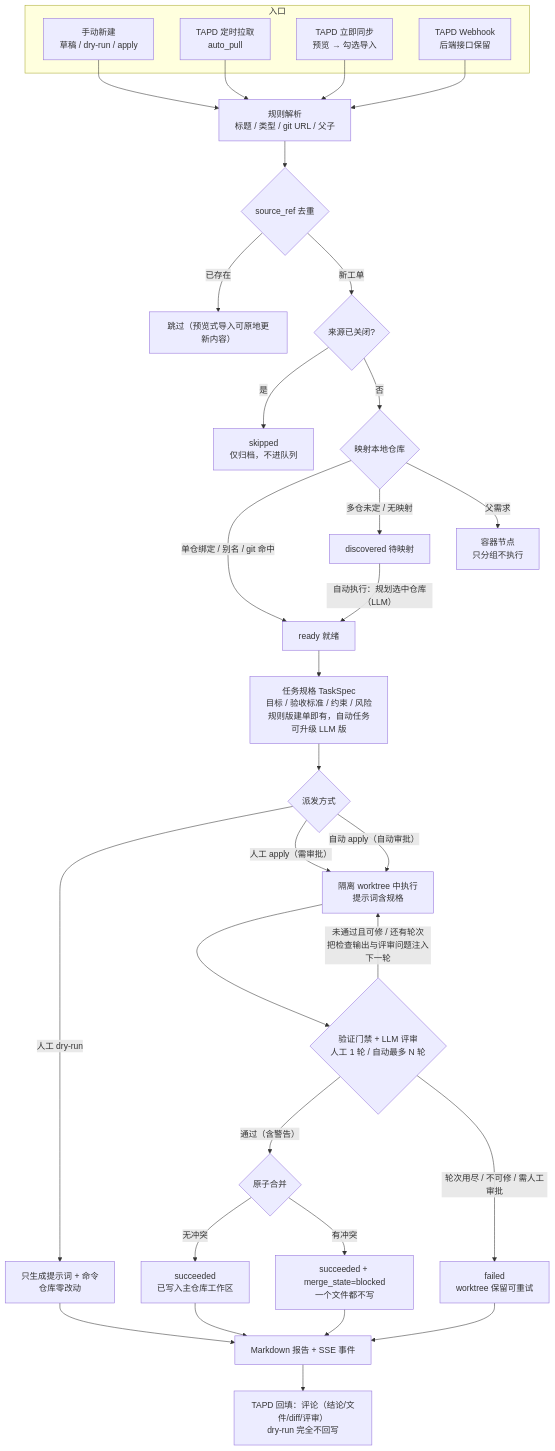
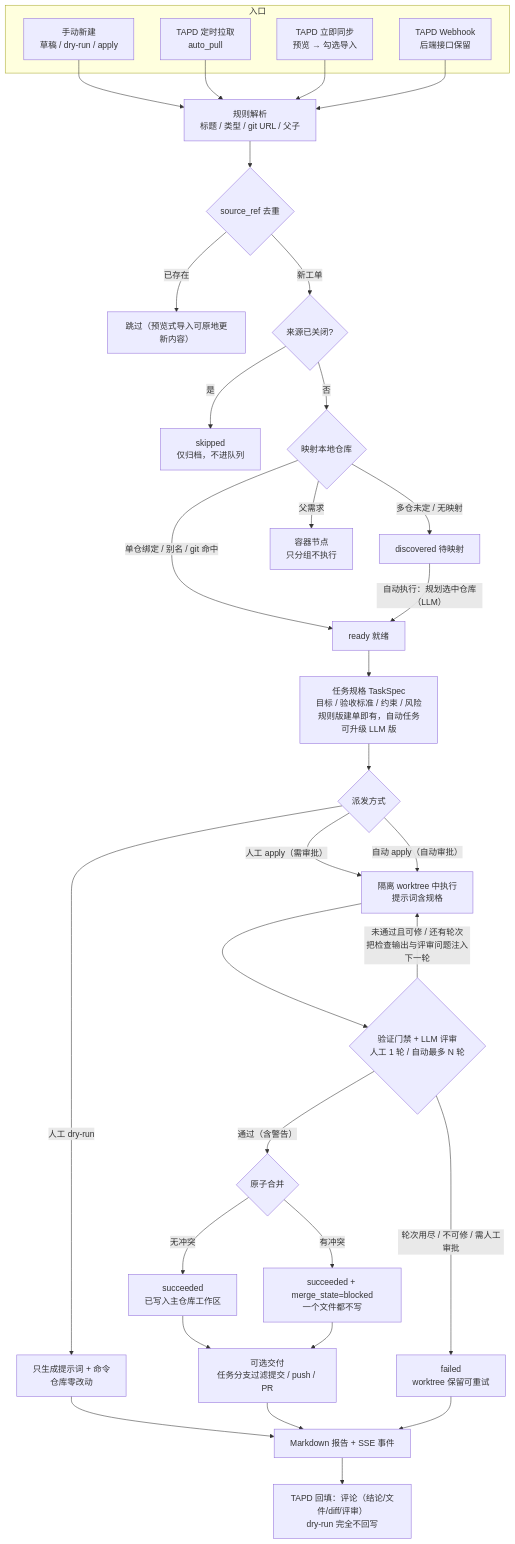
The first of 3 diagrams in docs/task-lifecycle.md (cheerly-plan/CheerlyTaskAgent), drawn with Mermaid before and after one commit. The commit also changed other lines of this file and 12 other files, not shown here.

````diff
--- a/docs/task-lifecycle.md
+++ b/docs/task-lifecycle.md
@@ -31,44 +31,45 @@
 ```mermaid
 flowchart TD
     subgraph entry["入口"]
       M["手动新建<br/>草稿 / dry-run / apply"]
       P["TAPD 定时拉取<br/>auto_pull"]
       S["TAPD 立即同步<br/>预览 → 勾选导入"]
       W["TAPD Webhook<br/>后端接口保留"]
     end
 
     M --> PR["规则解析<br/>标题 / 类型 / git URL / 父子"]
     P --> PR
     S --> PR
     W --> PR
 
     PR --> DD{"source_ref 去重"}
     DD -->|"已存在"| KEEP["跳过（预览式导入可原地更新内容）"]
     DD -->|"新工单"| ARCH{"来源已关闭?"}
     ARCH -->|"是"| SKIP["skipped<br/>仅归档，不进队列"]
     ARCH -->|"否"| MAP{"映射本地仓库"}
 
     MAP -->|"单仓绑定 / 别名 / git 命中"| READY["ready 就绪"]
     MAP -->|"多仓未定 / 无映射"| DISC["discovered 待映射"]
     MAP -->|"父需求"| CONT["容器节点<br/>只分组不执行"]
 
     DISC -->|"自动执行：规划选中仓库（LLM）"| READY
     READY --> SPEC["任务规格 TaskSpec<br/>目标 / 验收标准 / 约束 / 风险<br/>规则版建单即有，自动任务可升级 LLM 版"]
     SPEC --> TRIG{"派发方式"}
     TRIG -->|"人工 dry-run"| DRY["只生成提示词 + 命令<br/>仓库零改动"]
     TRIG -->|"人工 apply（需审批）"| WT["隔离 worktree 中执行<br/>提示词含规格"]
     TRIG -->|"自动 apply（自动审批）"| WT
 
     WT --> GATE{"验证门禁 + LLM 评审<br/>人工 1 轮 / 自动最多 N 轮"}
     GATE -->|"通过（含警告）"| MERGE{"原子合并"}
     GATE -->|"未通过且可修 / 还有轮次<br/>把检查输出与评审问题注入下一轮"| WT
     GATE -->|"轮次用尽 / 不可修 / 需人工审批"| FAIL["failed<br/>worktree 保留可重试"]
     MERGE -->|"无冲突"| DONE["succeeded<br/>已写入主仓库工作区"]
     MERGE -->|"有冲突"| BLOCK["succeeded + merge_state=blocked<br/>一个文件都不写"]
 
     DRY --> RPT["Markdown 报告 + SSE 事件"]
-    DONE --> RPT
+    DONE --> DEL["可选交付<br/>任务分支过滤提交 / push / PR"]
+    BLOCK --> DEL
+    DEL --> RPT
     FAIL --> RPT
-    BLOCK --> RPT
     RPT --> BF["TAPD 回填：评论（结论/文件/diff/评审）<br/>dry-run 完全不回写"]
 ```
````
